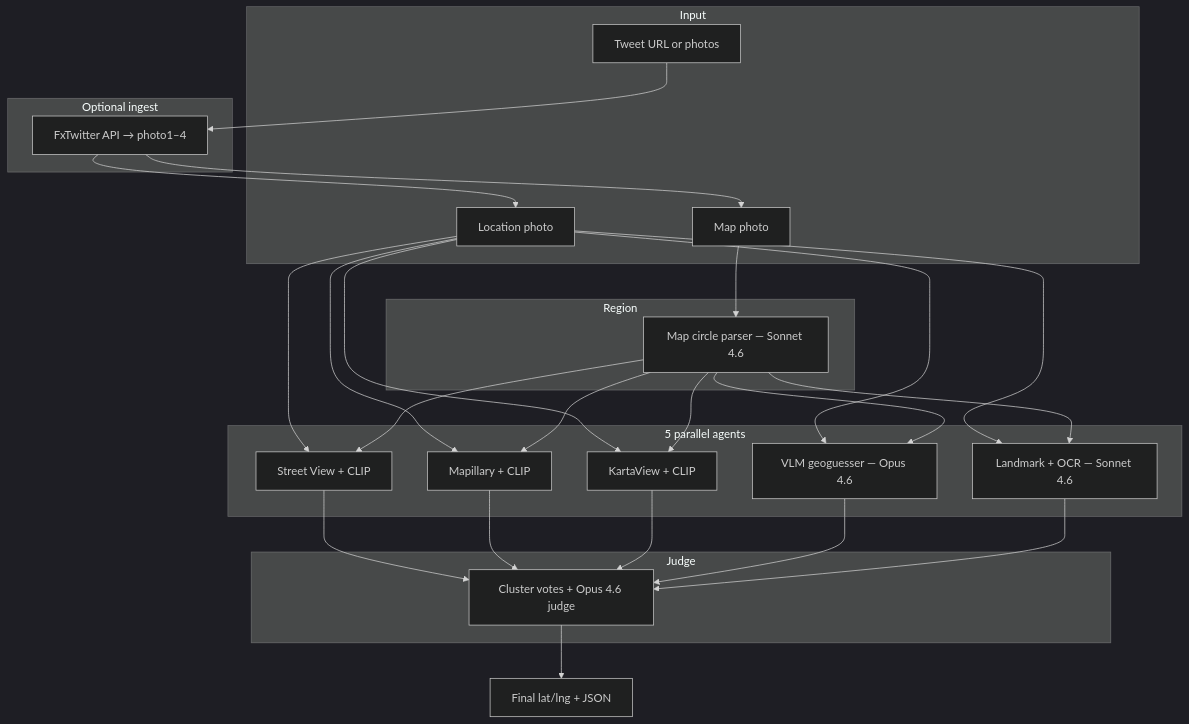
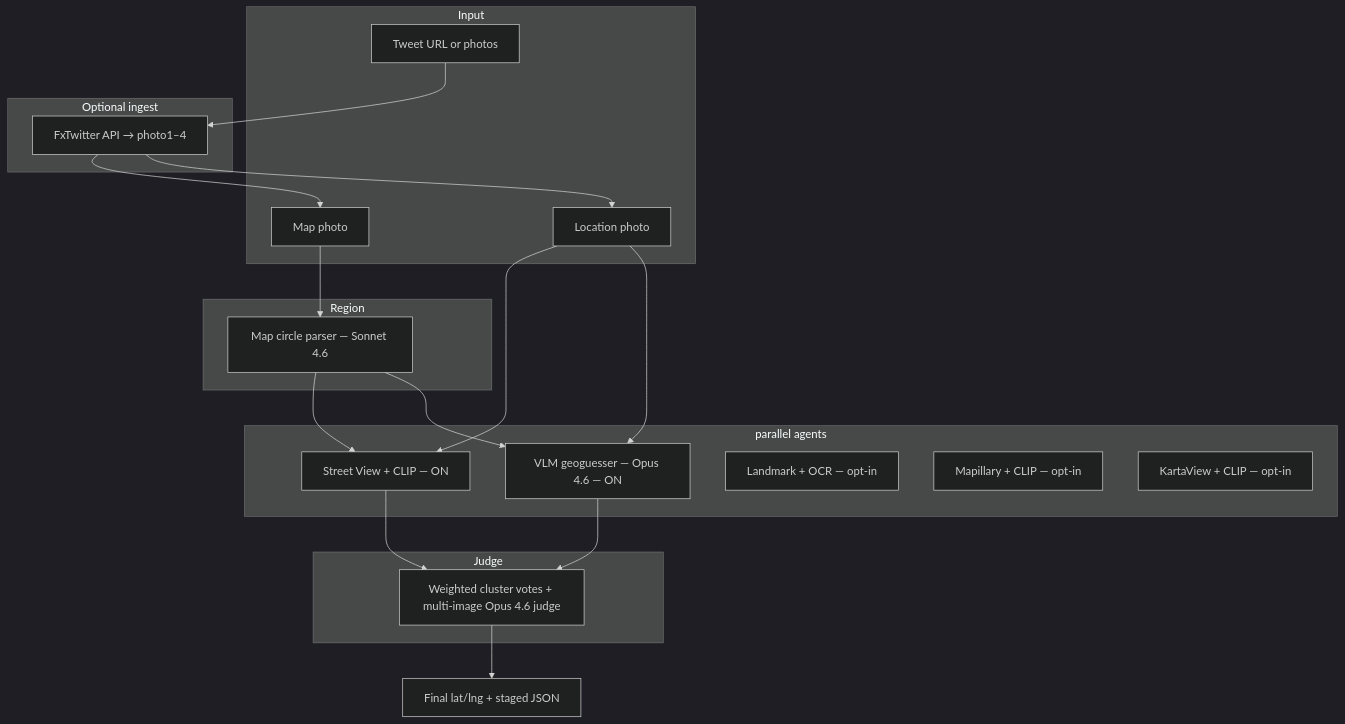
One commit to Eswar-deep/doordash-geo-hunt changed the diagram in README.md. Above: the diagram before and after it, drawn with Mermaid (dark theme). The commit also changed other lines of this file and 16 other files, not shown here.

First line of the commit message:
Contest-day overhaul: parallel pipeline, staged auto-output, better SV angles

````diff
--- a/README.md
+++ b/README.md
@@ -29,36 +38,36 @@
 ```mermaid
 flowchart TB
   subgraph input [Input]
     T[Tweet URL or photos]
     M[Map photo]
     L[Location photo]
   end
 
   subgraph ingest [Optional ingest]
     I[FxTwitter API → photo1–4]
   end
 
   subgraph extract [Region]
     R[Map circle parser — Sonnet 4.6]
   end
 
-  subgraph agents [5 parallel agents]
-    A1[Street View + CLIP]
-    A2[Mapillary + CLIP]
-    A3[KartaView + CLIP]
-    A4[VLM geoguesser — Opus 4.6]
-    A5[Landmark + OCR — Sonnet 4.6]
+  subgraph agents [parallel agents]
+    A1[Street View + CLIP — ON]
+    A4[VLM geoguesser — Opus 4.6 — ON]
+    A5[Landmark + OCR — opt-in]
+    A2[Mapillary + CLIP — opt-in]
+    A3[KartaView + CLIP — opt-in]
   end
 
   subgraph judge [Judge]
-    J[Cluster votes + Opus 4.6 judge]
+    J[Weighted cluster votes + multi-image Opus 4.6 judge]
   end
 
   T --> I --> M
   I --> L
   M --> R
-  L --> A1 & A2 & A3 & A4 & A5
-  R --> A1 & A2 & A3 & A4 & A5
-  A1 & A2 & A3 & A4 & A5 --> J
-  J --> O[Final lat/lng + JSON]
+  L --> A1 & A4
+  R --> A1 & A4
+  A1 & A4 --> J
+  J --> O[Final lat/lng + staged JSON]
 ```
````
